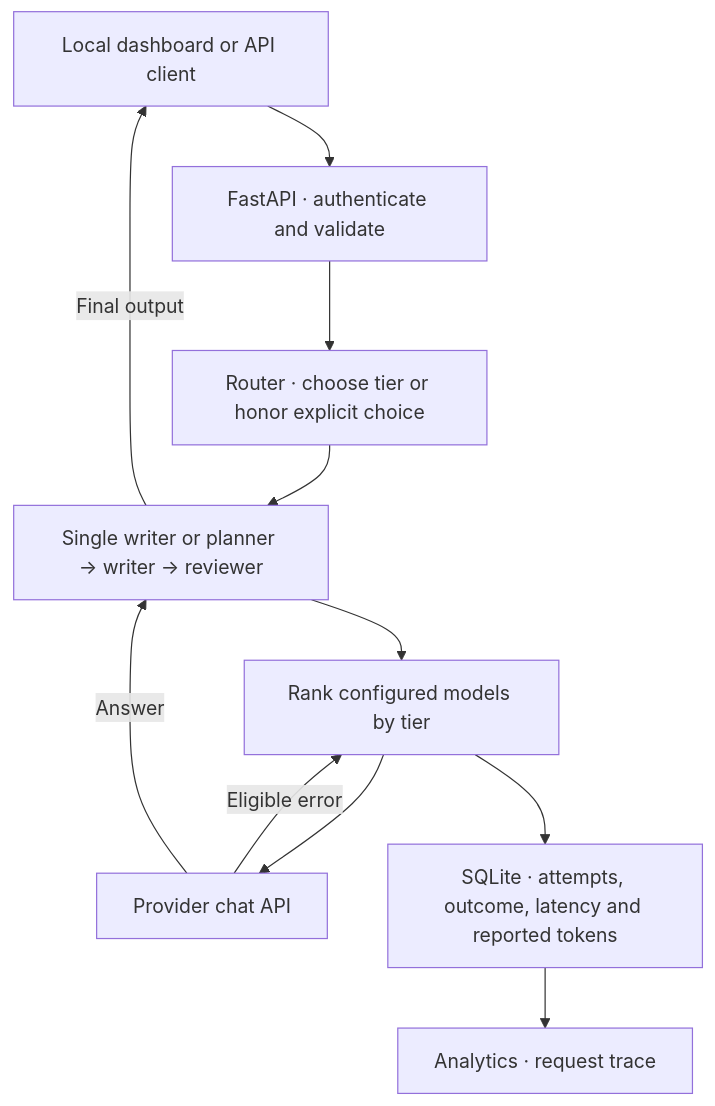
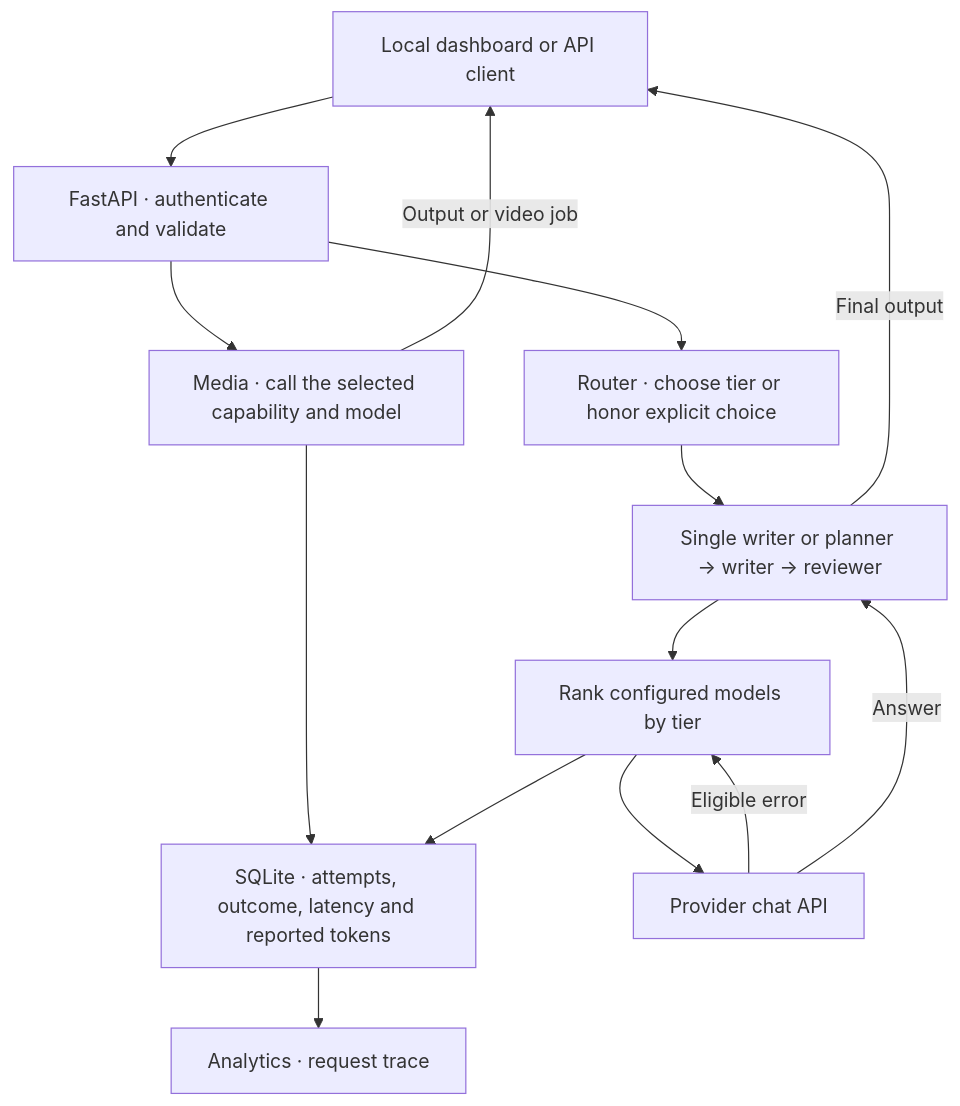
The diagram in README.md (Sanjeeth-Prakash/OctaDeck), drawn with Mermaid before and after one commit. The commit also changed other lines of this file and 34 other files, not shown here.

Commit message:
Rename Model Relay to MuxDeck and add media providers

````diff
--- a/README.md
+++ b/README.md
@@ -110,13 +138,16 @@
 ```mermaid
 flowchart TD
  A["Local dashboard or API client"] --> B["FastAPI · authenticate and validate"]
  B --> C["Router · choose tier or honor explicit choice"]
+ B --> I["Media · call the selected capability and model"]
+ I --> G
+ I -->|Output or video job| A
  C --> D["Single writer or planner → writer → reviewer"]
  D --> E["Rank configured models by tier"]
  E --> F["Provider chat API"]
  F -->|Eligible error| E
  F -->|Answer| D
  D -->|Final output| A
  E --> G["SQLite · attempts, outcome, latency and reported tokens"]
  G --> H["Analytics · request trace"]
 ```
````
